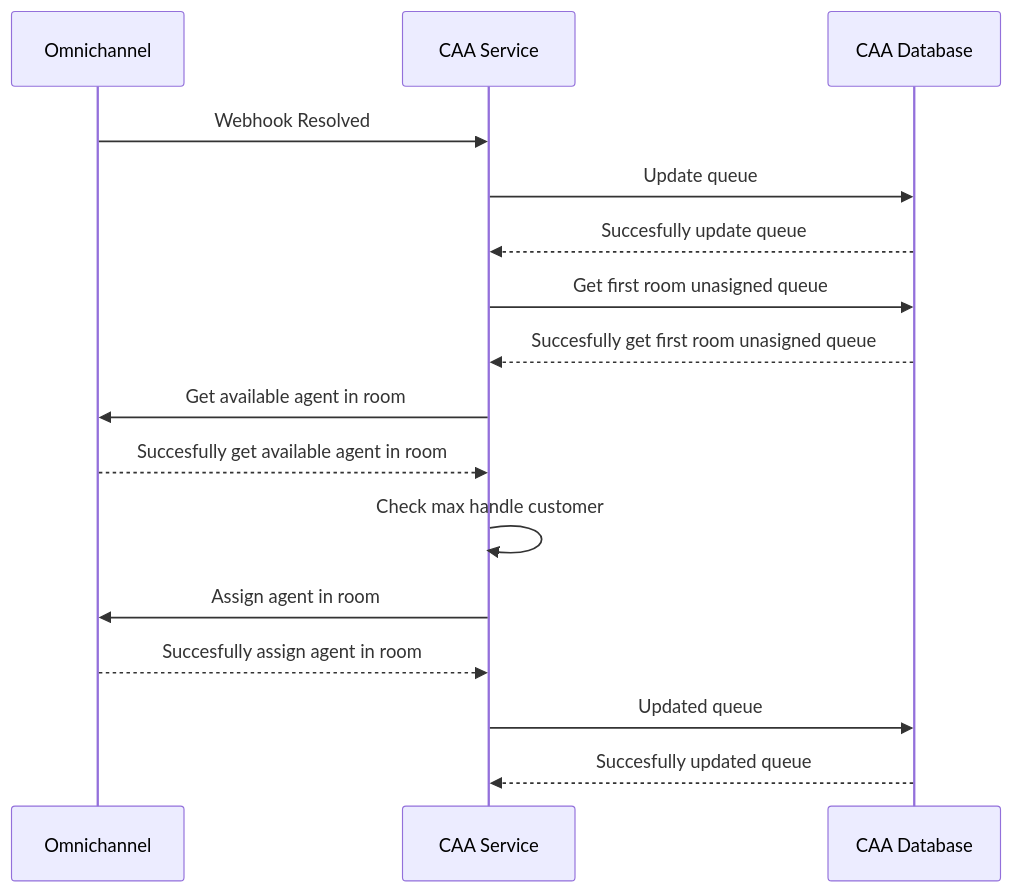
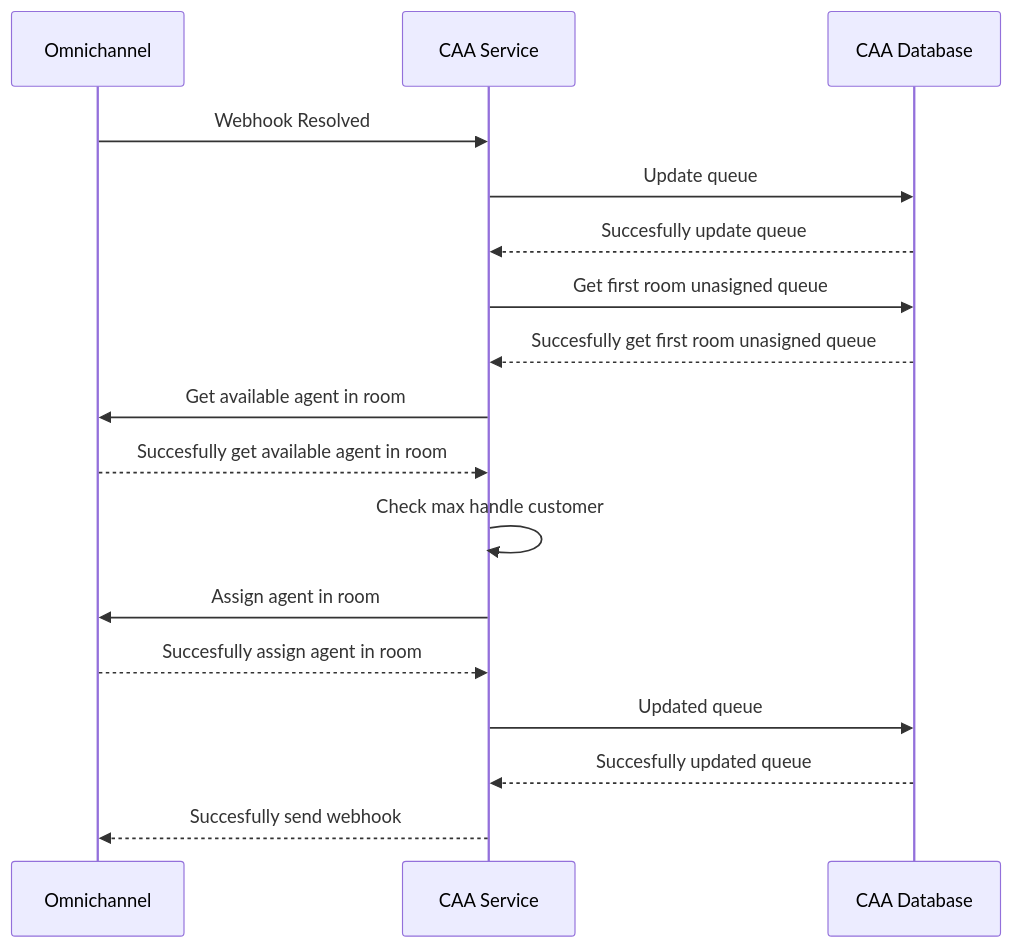
Before and after one commit to aguunng/caa-test: the second of 5 diagrams in docs/room.md, drawn with Mermaid. The commit also changed other lines of this file, not shown here.

````diff
--- a/docs/room.md
+++ b/docs/room.md
@@ -29,18 +30,19 @@
 ```mermaid
 sequenceDiagram
     participant O as Omnichannel
     participant S as CAA Service
     participant D as CAA Database
     O->>S: Webhook Resolved
     S->>D: Update queue
     D-->>S: Succesfully update queue
     S->>D: Get first room unasigned queue
     D-->>S: Succesfully get first room unasigned queue
     S->>O: Get available agent in room
     O-->>S: Succesfully get available agent in room
     S->>S: Check max handle customer
     S->>O: Assign agent in room
     O-->>S: Succesfully assign agent in room
     S->>D: Updated queue
-     D-->>S: Succesfully updated queue
+    D-->>S: Succesfully updated queue
+    S-->>O: Succesfully send webhook
 ```
````
